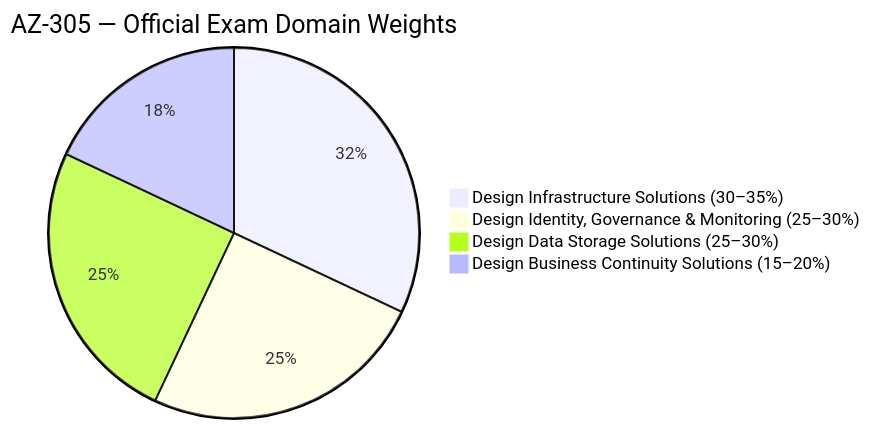
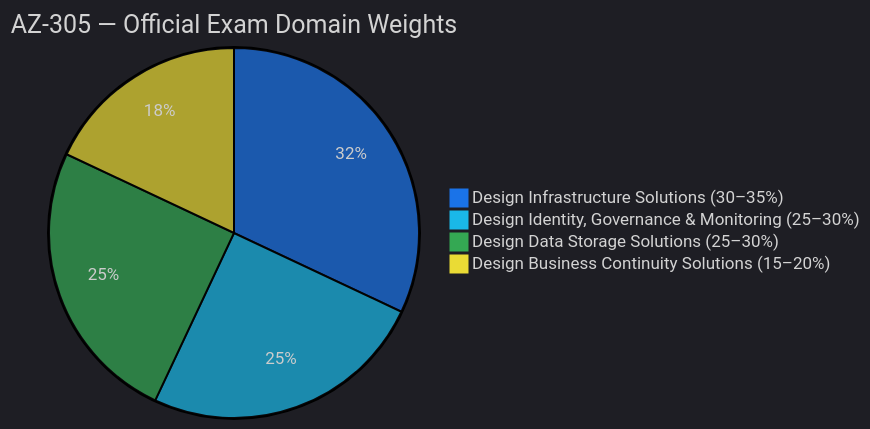
The first of 2 diagrams in index.md (marcogrimaldi29/az-305-study-notes), drawn with Mermaid before and after one commit.

Commit message:
Improved readability of Mermaid pie chart

````diff
--- a/index.md
+++ b/index.md
@@ -42,7 +42,8 @@
 ```mermaid
+%%{init: {"theme":"dark","themeVariables":{"primaryTextColor":"#ffffff","secondaryTextColor":"#e8eaed","pie1":"#1a73e8","pie2":"#1ab8e8","pie3":"#34a853","pie4":"#eadb35"}}}%%
 pie title AZ-305 — Official Exam Domain Weights
     " Design Infrastructure Solutions (30–35%)" : 32
     " Design Identity, Governance & Monitoring (25–30%)" : 25
     " Design Data Storage Solutions (25–30%)" : 25
     " Design Business Continuity Solutions (15–20%)" : 18
 ```
````
